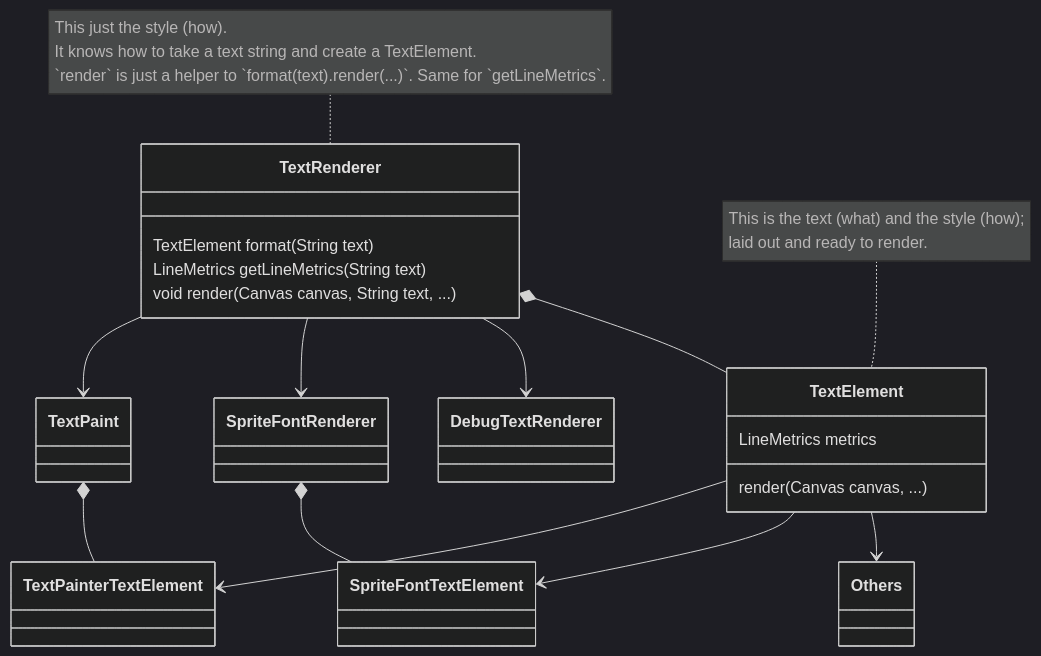
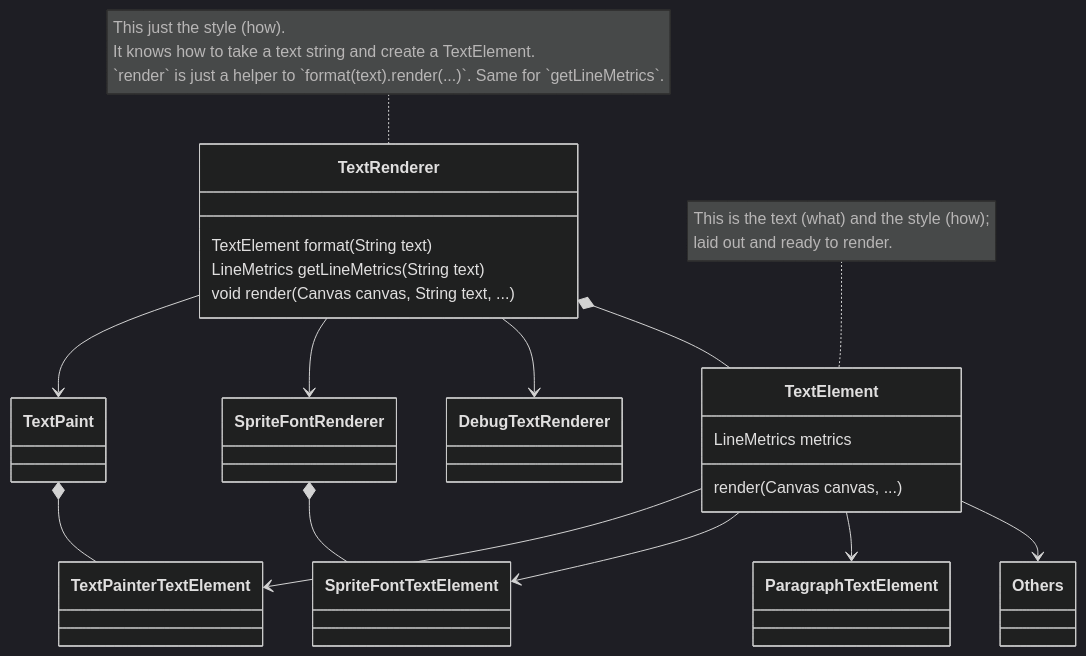
Before and after one commit to flame-engine/flame: the first of 3 diagrams in doc/flame/rendering/text_rendering.md, drawn with Mermaid. The commit also changed other lines of this file and 19 other files, not shown here.

Commit message:
feat!: Use Flutter's paragraph layout for rich text documents

````diff
--- a/doc/flame/rendering/text_rendering.md
+++ b/doc/flame/rendering/text_rendering.md
@@ -250,37 +250,39 @@
 ```{mermaid}
 %%{init: { 'theme': 'dark' } }%%
 classDiagram
     %% renderers
     note for TextRenderer "This just the style (how).
     It knows how to take a text string and create a TextElement.
     `render` is just a helper to `format(text).render(...)`. Same for `getLineMetrics`."
     class TextRenderer {
         TextElement format(String text)
         LineMetrics getLineMetrics(String text)
         void render(Canvas canvas, String text, ...)
     }
     class TextPaint
     class SpriteFontRenderer
     class DebugTextRenderer
     
     %% elements
     class TextElement {
         LineMetrics metrics
         render(Canvas canvas, ...)
     }
     class TextPainterTextElement
+    class ParagraphTextElement
         
     TextRenderer --> TextPaint
     TextRenderer --> SpriteFontRenderer
     TextRenderer --> DebugTextRenderer
 
     TextRenderer *-- TextElement
     TextPaint *-- TextPainterTextElement
     SpriteFontRenderer *-- SpriteFontTextElement
 
     note for TextElement "This is the text (what) and the style (how);
     laid out and ready to render."
     TextElement --> TextPainterTextElement
     TextElement --> SpriteFontTextElement
+    TextElement --> ParagraphTextElement
     TextElement --> Others
 ```
````
